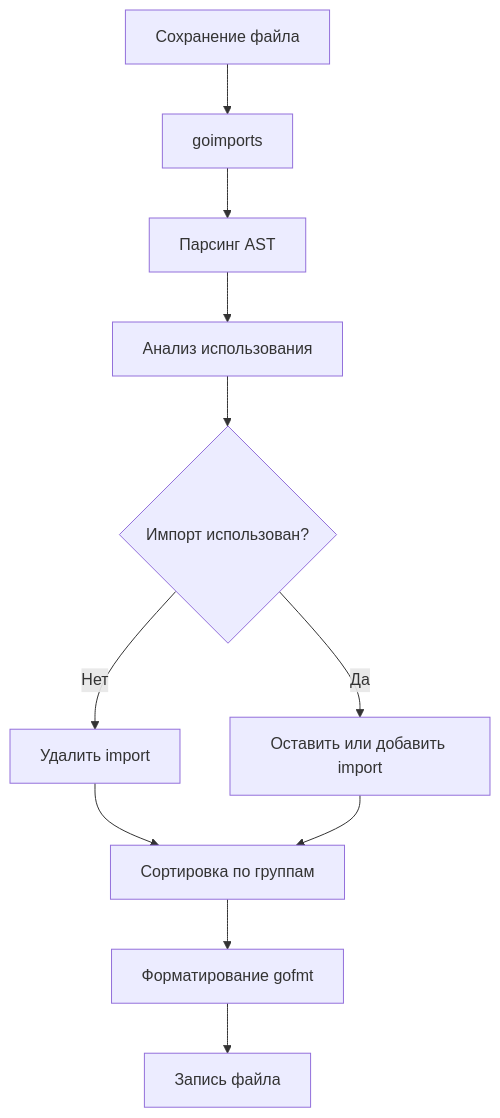
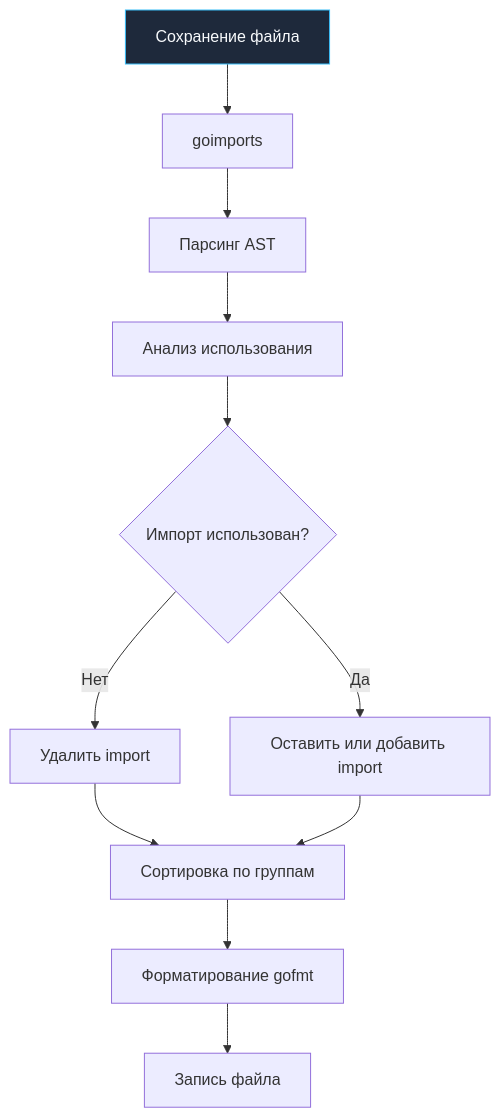
One commit to UnrealTemplier/go-textbook changed the diagram in sources/8. Инфраструктура языка, Тулинг и CI_CD/8. go fmt и goimports. Форматирование кода.md. Above: the diagram before and after it, drawn with Mermaid. The commit also changed 1666 other files, not shown here.

First line of the commit message:
feat(mermaid): add semantic color classDef to 1369 colorless flowchart/graph diagrams

````diff
--- a/sources/8. Инфраструктура языка, Тулинг и CI_CD/8. go fmt и goimports. Форматирование кода.md
+++ b/sources/8. Инфраструктура языка, Тулинг и CI_CD/8. go fmt и goimports. Форматирование кода.md
@@ -94,13 +94,23 @@
 ```mermaid
 flowchart TD
-    A["Сохранение файла"] --> B["goimports"]
+    classDef process  fill:#1e293b,stroke:#38bdf8,stroke-width:1px,color:#f8fafc
+    classDef success  fill:#064e3b,stroke:#34d399,stroke-width:1px,color:#f8fafc
+    classDef error    fill:#7f1d1d,stroke:#f87171,stroke-width:1px,color:#f8fafc
+    classDef warning  fill:#78350f,stroke:#fbbf24,stroke-width:1px,color:#f8fafc
+    classDef entry    fill:#1e3a5f,stroke:#38bdf8,stroke-width:2px,color:#f8fafc
+    classDef aux      fill:#334155,stroke:#64748b,stroke-width:1px,color:#f8fafc
+    classDef system   fill:#312e81,stroke:#a78bfa,stroke-width:1px,color:#f8fafc
+    classDef data     fill:#132d29,stroke:#2dd4bf,stroke-width:1px,color:#f8fafc
+    classDef network  fill:#881337,stroke:#fb7185,stroke-width:1px,color:#f8fafc
+    classDef accent   fill:#1e1b4b,stroke:#818cf8,stroke-width:1px,color:#f8fafc
+    A["Сохранение файла"]:::process --> B["goimports"]
     B --> C["Парсинг AST"]
     C --> D["Анализ использования"]
     D --> E{"Импорт использован?"}
     E -- Нет --> F["Удалить import"]
     E -- Да --> G["Оставить или добавить import"]
     F --> H["Сортировка по группам"]
     G --> H
     H --> I["Форматирование gofmt"]
     I --> J["Запись файла"]
 ```
````
